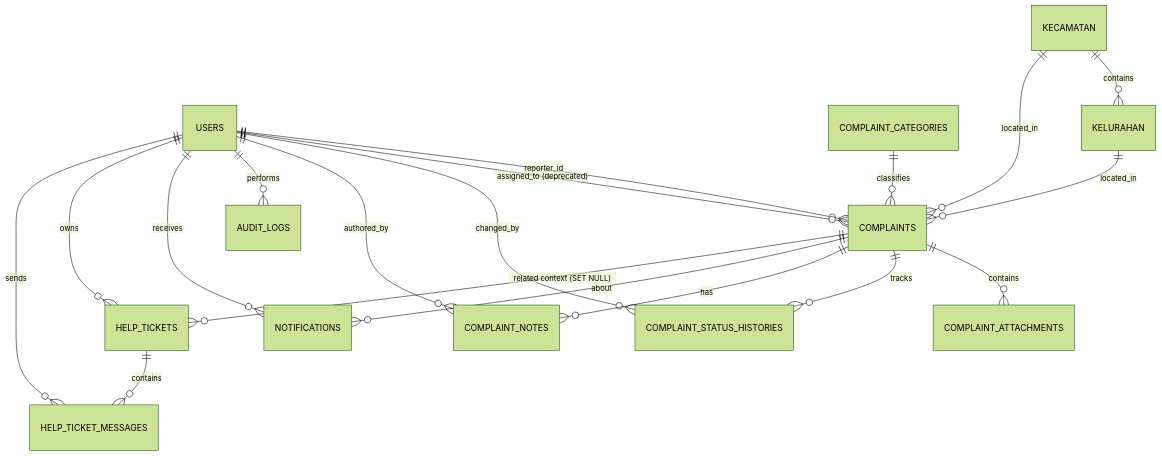
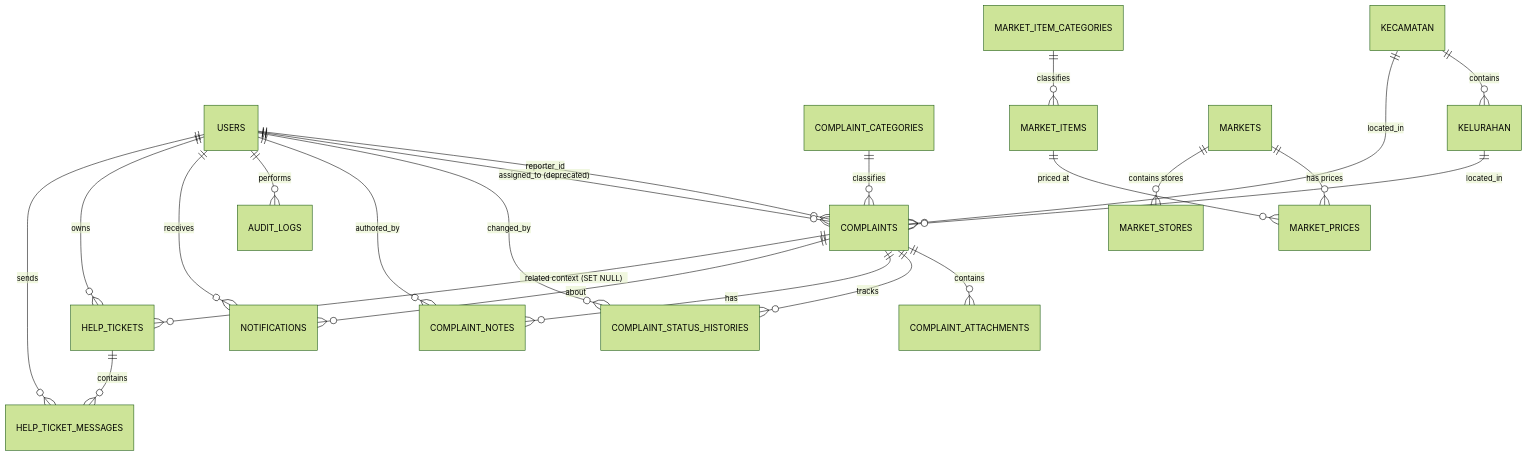
One commit to nathsville/superbie changed the diagram in schema.md. Above: the diagram before and after it, drawn with Mermaid (forest theme). The commit also changed other lines of this file and 73 other files, not shown here.

````diff
--- a/schema.md
+++ b/schema.md
@@ -39,21 +44,25 @@
 ```mermaid
 erDiagram
     USERS ||--o{ COMPLAINTS : reporter_id
     USERS ||--o{ COMPLAINTS : "assigned_to (deprecated)"
     USERS ||--o{ COMPLAINT_STATUS_HISTORIES : changed_by
     USERS ||--o{ COMPLAINT_NOTES : authored_by
     USERS ||--o{ AUDIT_LOGS : performs
     COMPLAINT_CATEGORIES ||--o{ COMPLAINTS : classifies
     COMPLAINTS ||--o{ COMPLAINT_ATTACHMENTS : contains
     COMPLAINTS ||--o{ COMPLAINT_STATUS_HISTORIES : tracks
     COMPLAINTS ||--o{ COMPLAINT_NOTES : has
     USERS ||--o{ NOTIFICATIONS : receives
     COMPLAINTS ||--o{ NOTIFICATIONS : about
     USERS ||--o{ HELP_TICKETS : owns
     USERS ||--o{ HELP_TICKET_MESSAGES : sends
     COMPLAINTS ||--o{ HELP_TICKETS : "related context (SET NULL)"
     HELP_TICKETS ||--o{ HELP_TICKET_MESSAGES : contains
     KECAMATAN ||--o{ KELURAHAN : contains
     KECAMATAN ||--o{ COMPLAINTS : located_in
     KELURAHAN ||--o{ COMPLAINTS : located_in
+    MARKETS ||--o{ MARKET_PRICES : "has prices"
+    MARKETS ||--o{ MARKET_STORES : "contains stores"
+    MARKET_ITEM_CATEGORIES ||--o{ MARKET_ITEMS : classifies
+    MARKET_ITEMS ||--o{ MARKET_PRICES : "priced at"
 ```
````
